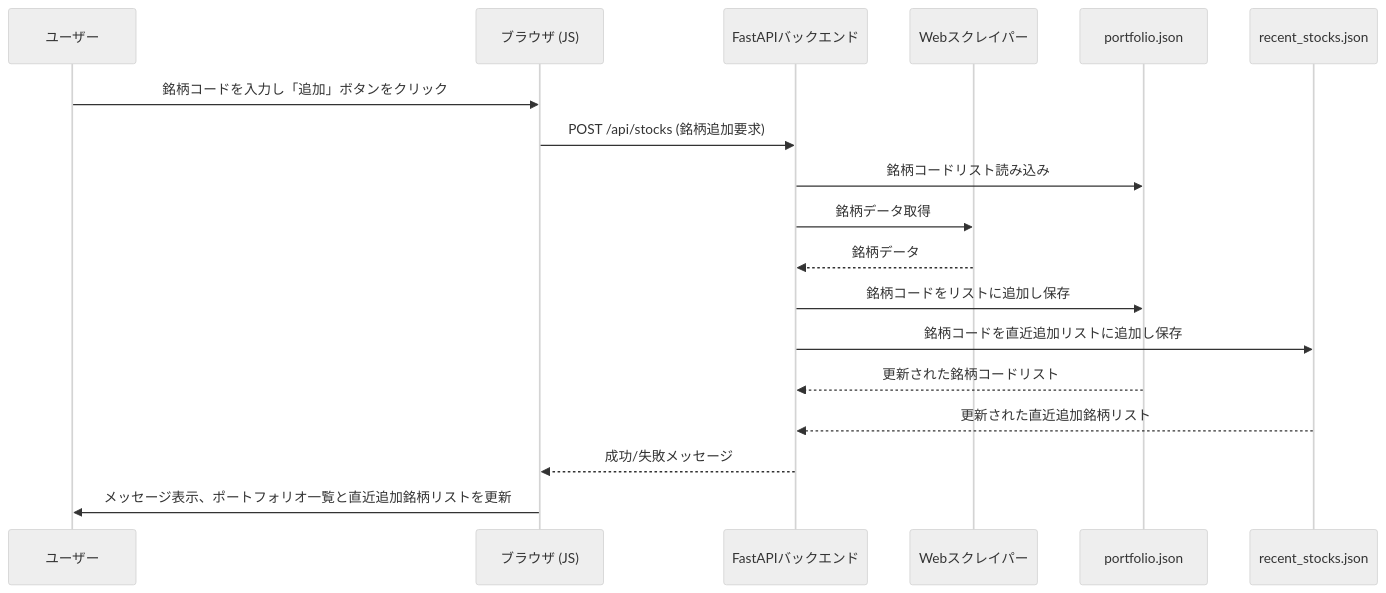
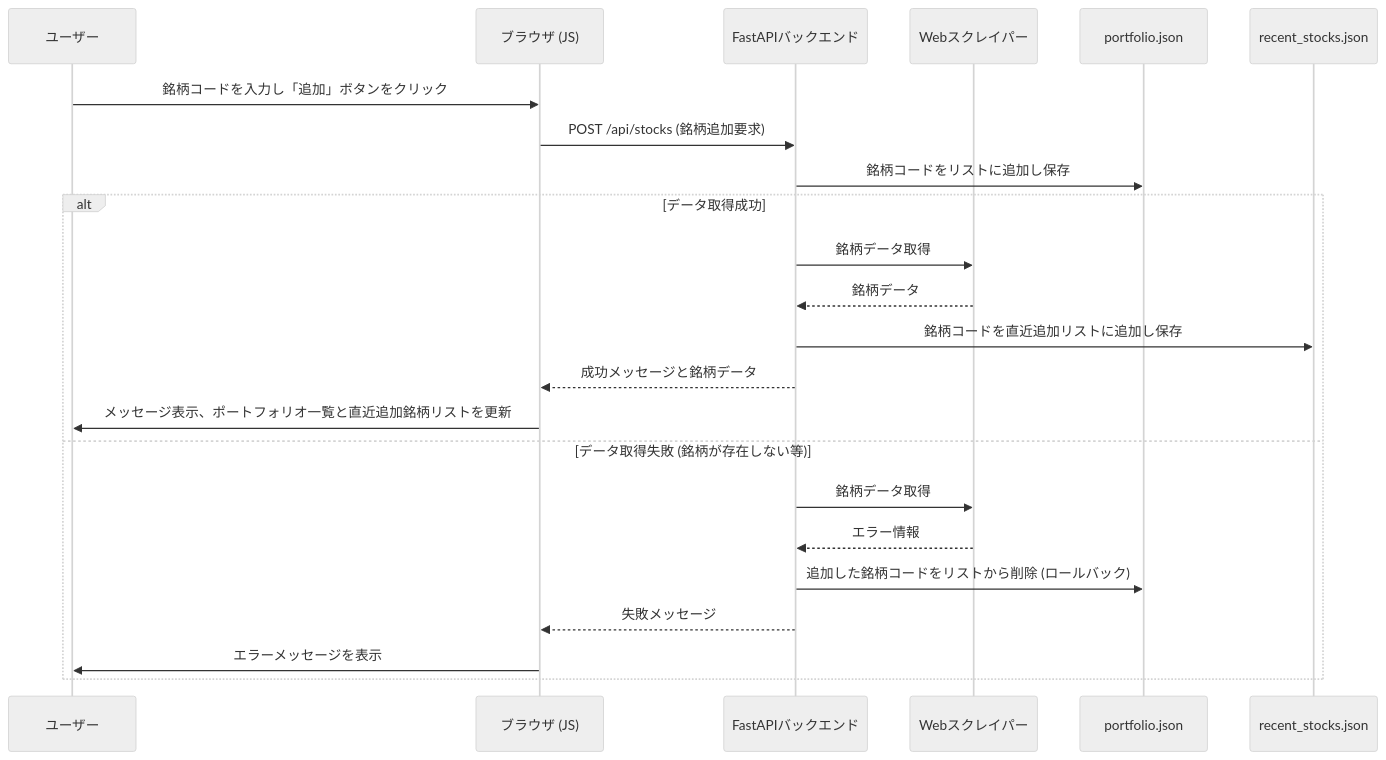
The third of 3 diagrams in README.md (ymkge/jp-stock-portfolio-app), drawn with Mermaid (neutral theme) before and after one commit. The commit also changed other lines of this file, not shown here.

Commit message:
docs: README.md => 処理フローの直近化

````diff
--- a/README.md
+++ b/README.md
@@ -139,24 +139,33 @@
 ```mermaid
 sequenceDiagram
     participant User as ユーザー
     participant Browser as ブラウザ (JS)
     participant API as FastAPIバックエンド
     participant Scraper as Webスクレイパー
     participant Portfolio as portfolio.json
     participant RecentStocks as recent_stocks.json
 
     User->>Browser: 銘柄コードを入力し「追加」ボタンをクリック
     Browser->>API: POST /api/stocks (銘柄追加要求)
     
-    API->>Portfolio: 銘柄コードリスト読み込み
-    API->>Scraper: 銘柄データ取得
-    Scraper-->>API: 銘柄データ
+    API->>Portfolio: 銘柄コードをリストに追加し保存
     
-    API->>Portfolio: 銘柄コードをリストに追加し保存
-    API->>RecentStocks: 銘柄コードを直近追加リストに追加し保存
-    Portfolio-->>API: 更新された銘柄コードリスト
-    RecentStocks-->>API: 更新された直近追加銘柄リスト
-    
-    API-->>Browser: 成功/失敗メッセージ
-    Browser->>User: メッセージ表示、ポートフォリオ一覧と直近追加銘柄リストを更新
+    alt データ取得成功
+        API->>Scraper: 銘柄データ取得
+        Scraper-->>API: 銘柄データ
+        
+        API->>RecentStocks: 銘柄コードを直近追加リストに追加し保存
+        
+        API-->>Browser: 成功メッセージと銘柄データ
+        Browser->>User: メッセージ表示、ポートフォリオ一覧と直近追加銘柄リストを更新
+        
+    else データ取得失敗 (銘柄が存在しない等)
+        API->>Scraper: 銘柄データ取得
+        Scraper-->>API: エラー情報
+        
+        API->>Portfolio: 追加した銘柄コードをリストから削除 (ロールバック)
+        
+        API-->>Browser: 失敗メッセージ
+        Browser->>User: エラーメッセージを表示
+    end
 ```
````
